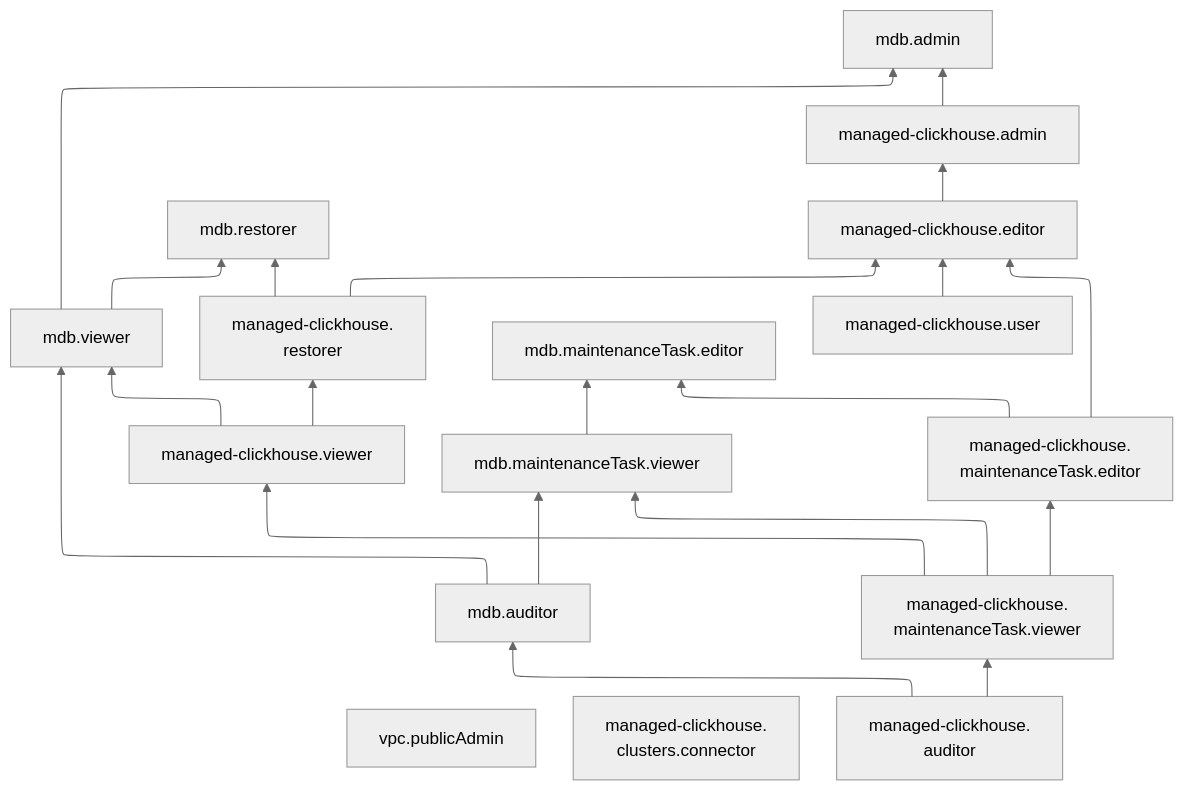
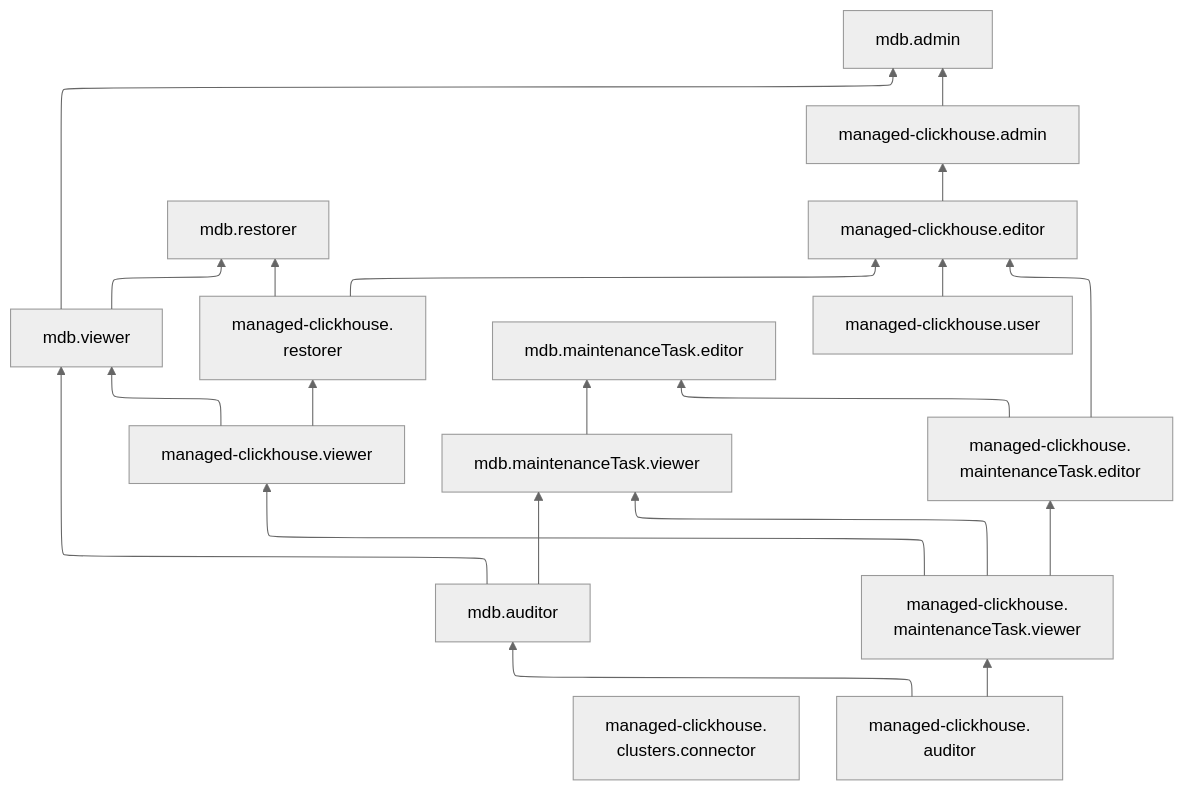
The diagram in md-docs/managed-clickhouse/security.md (yandex-cloud/docs), drawn with Mermaid (neutral theme) before and after one commit. The commit also changed 532 other files, not shown here.

````diff
--- a/md-docs/managed-clickhouse/security.md
+++ b/md-docs/managed-clickhouse/security.md
@@ -39,30 +39,33 @@
 ```mermaid
-%%{init: {"flowchart": {'defaultRenderer': 'elk'}} }%%
+---
+config:
+  flowchart:
+    defaultRenderer: elk
+---
 flowchart BT
     mdb.viewer --> mdb.admin
     mdb.viewer --> mdb.restorer
-    vpc.publicAdmin
     managed-clickhouse.clusters.connector["`managed-clickhouse.
     clusters.connector`"]
     managed-clickhouse.admin --> mdb.admin
     managed-clickhouse.viewer --> managed-clickhouse.restorer
     managed-clickhouse.restorer["`managed-clickhouse.
     restorer`"] --> managed-clickhouse.editor
     mdb.auditor --> mdb.maintenanceTask.viewer
     mdb.maintenanceTask.viewer --> mdb.maintenanceTask.editor
     managed-clickhouse.maintenanceTask.viewer --> mdb.maintenanceTask.viewer
     managed-clickhouse.maintenanceTask.editor --> managed-clickhouse.editor
     managed-clickhouse.maintenanceTask.viewer --> managed-clickhouse.viewer
     managed-clickhouse.maintenanceTask.viewer --> managed-clickhouse.maintenanceTask.editor["`managed-clickhouse.
     maintenanceTask.editor`"]
     managed-clickhouse.maintenanceTask.editor --> mdb.maintenanceTask.editor
     managed-clickhouse.auditor --> managed-clickhouse.maintenanceTask.viewer["`managed-clickhouse.
     maintenanceTask.viewer`"]
     mdb.auditor --> mdb.viewer
     managed-clickhouse.viewer --> mdb.viewer
     managed-clickhouse.auditor["`managed-clickhouse.
     auditor`"] --> mdb.auditor
     managed-clickhouse.editor --> managed-clickhouse.admin
     managed-clickhouse.restorer --> mdb.restorer
     managed-clickhouse.user --> managed-clickhouse.editor
 ```
````
